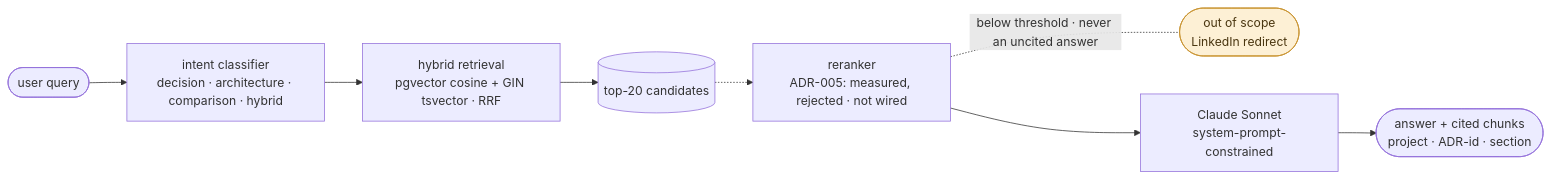
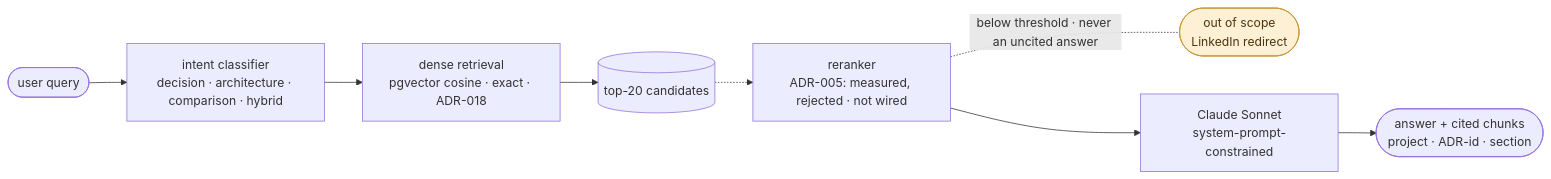
Before and after one commit to christiandrocha/data-platform-rag: the first of 3 diagrams in README.md, drawn with Mermaid. The commit also changed other lines of this file and 22 other files, not shown here.

First line of the commit message:
docs(adr): ADR-018 accepted -- dense-only retrieval; rename and docs

````diff
--- a/README.md
+++ b/README.md
@@ -35,12 +35,12 @@
 ```mermaid
 graph LR
     Q([user query]) --> IC[intent classifier<br/>decision · architecture · comparison · hybrid]
-    IC --> HR[hybrid retrieval<br/>pgvector cosine + GIN tsvector · RRF]
+    IC --> HR[dense retrieval<br/>pgvector cosine · exact · ADR-018]
     HR --> C[(top-20 candidates)]
     C -.-> RR[reranker<br/>ADR-005: measured, rejected · not wired]
     RR -.below threshold · never an uncited answer.- FB([out of scope<br/>LinkedIn redirect])
     RR --> G[Claude Sonnet<br/>system-prompt-constrained]
     G --> A([answer + cited chunks<br/>project · ADR-id · section])
     class FB gate;
     classDef gate fill:#fdf0d5,stroke:#c8922e,color:#4a3610;
 ```
````
